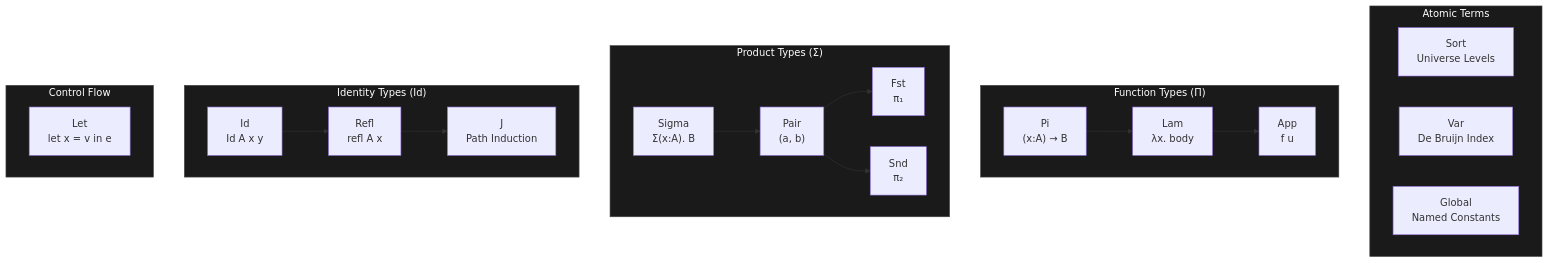
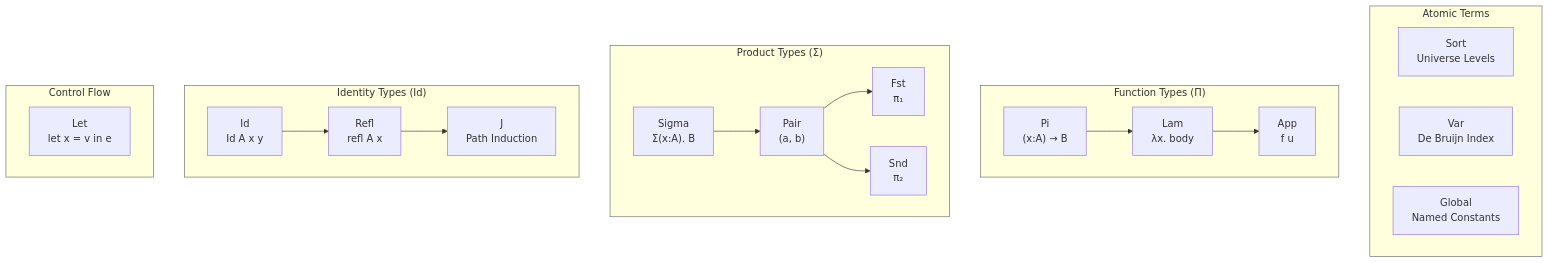
One commit to watchthelight/HypergraphGo changed the eighth of 26 diagrams in DIAGRAMS.md. Above: the diagram before and after it, drawn with Mermaid. The commit also changed other lines of this file and 1 other file, not shown here.

Commit message:
Diagram updates

````diff
--- a/DIAGRAMS.md
+++ b/DIAGRAMS.md
@@ -660,45 +910,45 @@
 ```mermaid
 flowchart TB
     subgraph Atomic["Atomic Terms"]
         Sort["Sort<br/>Universe Levels"]
         Var["Var<br/>De Bruijn Index"]
         Global["Global<br/>Named Constants"]
     end
 
     subgraph Function["Function Types (Π)"]
         Pi["Pi<br/>(x:A) → B"]
         Lam["Lam<br/>λx. body"]
         App["App<br/>f u"]
     end
 
     subgraph Product["Product Types (Σ)"]
         Sigma["Sigma<br/>Σ(x:A). B"]
         Pair["Pair<br/>(a, b)"]
         Fst["Fst<br/>π₁"]
         Snd["Snd<br/>π₂"]
     end
 
     subgraph Identity["Identity Types (Id)"]
         Id["Id<br/>Id A x y"]
         Refl["Refl<br/>refl A x"]
         J["J<br/>Path Induction"]
     end
 
     subgraph Control["Control Flow"]
         Let["Let<br/>let x = v in e"]
     end
 
     Pi --> Lam
     Lam --> App
     Sigma --> Pair
     Pair --> Fst
     Pair --> Snd
     Id --> Refl
     Refl --> J
 
-    style Atomic fill:#1a1a1a,stroke:#444,color:#fff
-    style Function fill:#1a1a1a,stroke:#444,color:#fff
-    style Product fill:#1a1a1a,stroke:#444,color:#fff
-    style Identity fill:#1a1a1a,stroke:#444,color:#fff
-    style Control fill:#1a1a1a,stroke:#444,color:#fff
+    style Atomic stroke:#666
+    style Function stroke:#666
+    style Product stroke:#666
+    style Identity stroke:#666
+    style Control stroke:#666
 ```
````
